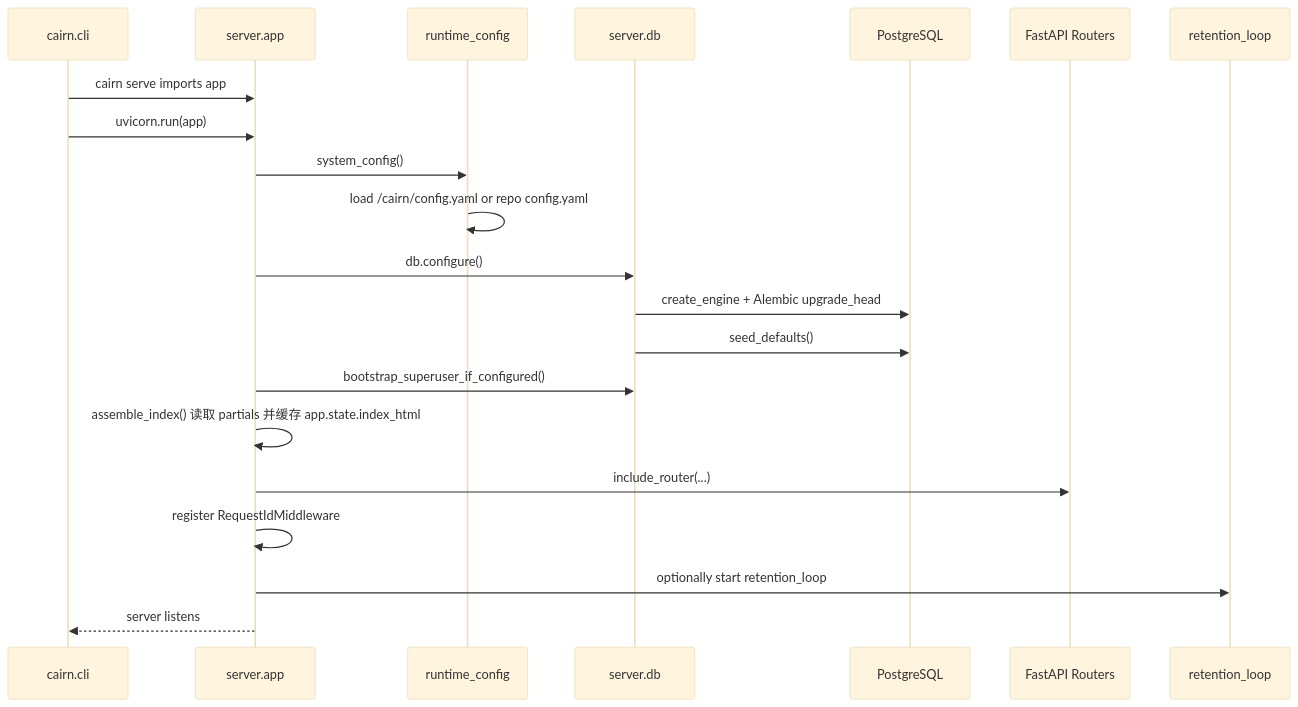
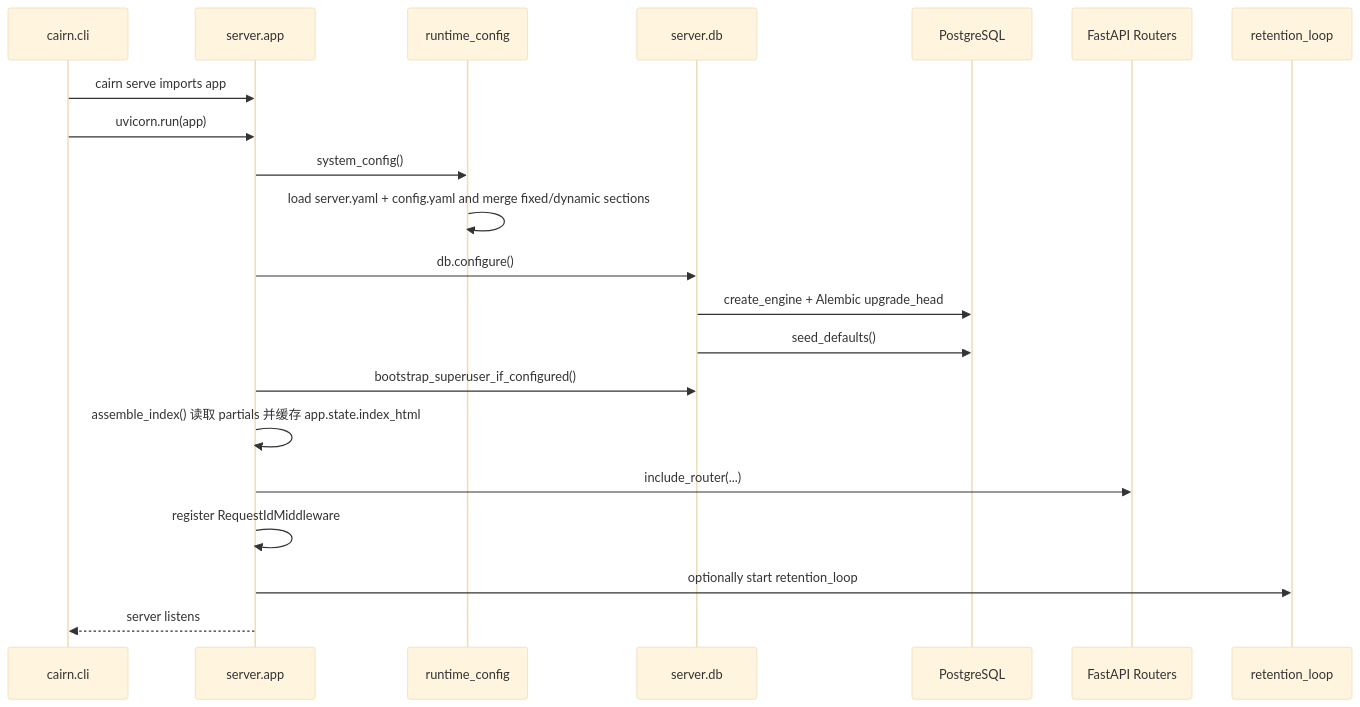
One commit to j7ur8/Cairn changed the second of 4 diagrams in AI/ARCHITECTURE.md. Above: the diagram before and after it, drawn with Mermaid (base theme). The commit also changed other lines of this file and 4 other files, not shown here.

````diff
--- a/AI/ARCHITECTURE.md
+++ b/AI/ARCHITECTURE.md
@@ -76,24 +80,24 @@
 ```mermaid
 sequenceDiagram
     participant CLI as cairn.cli
     participant App as server.app
     participant Config as runtime_config
     participant DB as server.db
     participant PG as PostgreSQL
     participant Router as FastAPI Routers
     participant Retention as retention_loop
 
     CLI->>App: cairn serve imports app
     CLI->>App: uvicorn.run(app)
     App->>Config: system_config()
-    Config->>Config: load /cairn/config.yaml or repo config.yaml
+    Config->>Config: load server.yaml + config.yaml and merge fixed/dynamic sections
     App->>DB: db.configure()
     DB->>PG: create_engine + Alembic upgrade_head
     DB->>PG: seed_defaults()
     App->>DB: bootstrap_superuser_if_configured()
     App->>App: assemble_index() 读取 partials 并缓存 app.state.index_html
     App->>Router: include_router(...)
     App->>App: register RequestIdMiddleware
     App->>Retention: optionally start retention_loop
     App-->>CLI: server listens
 ```
````
